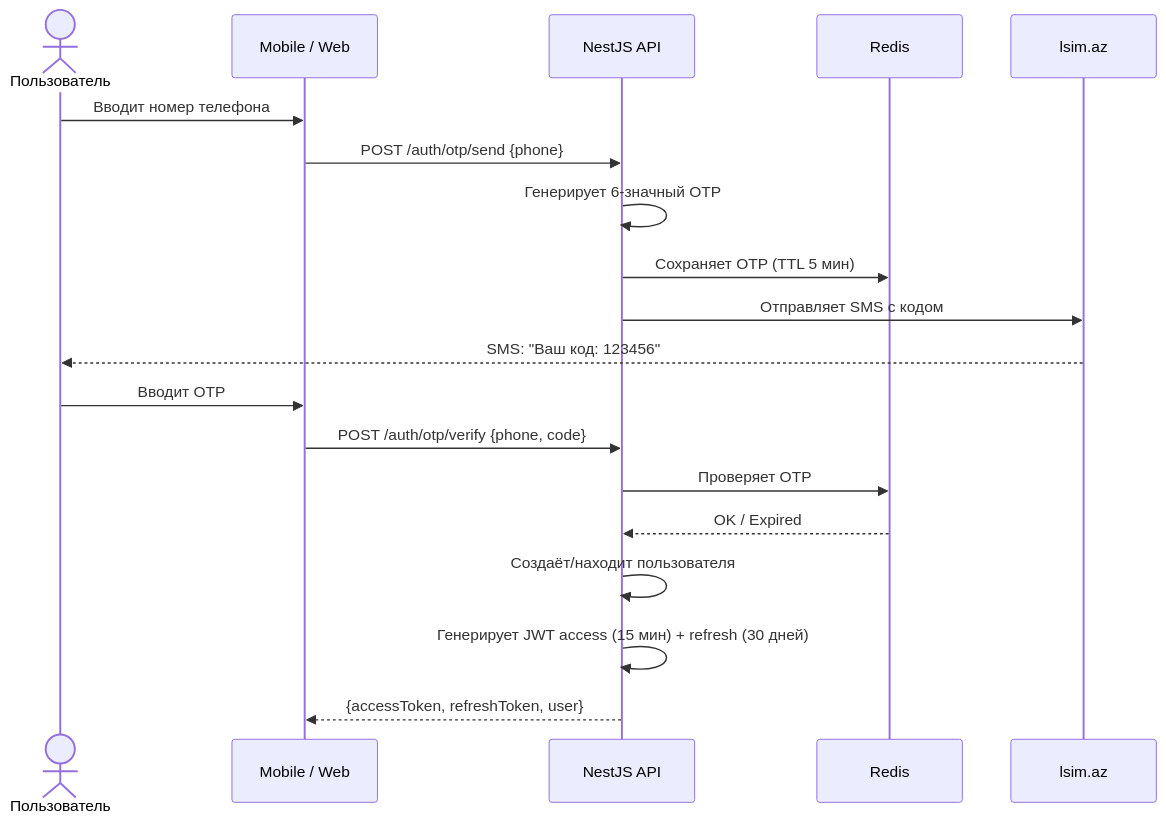
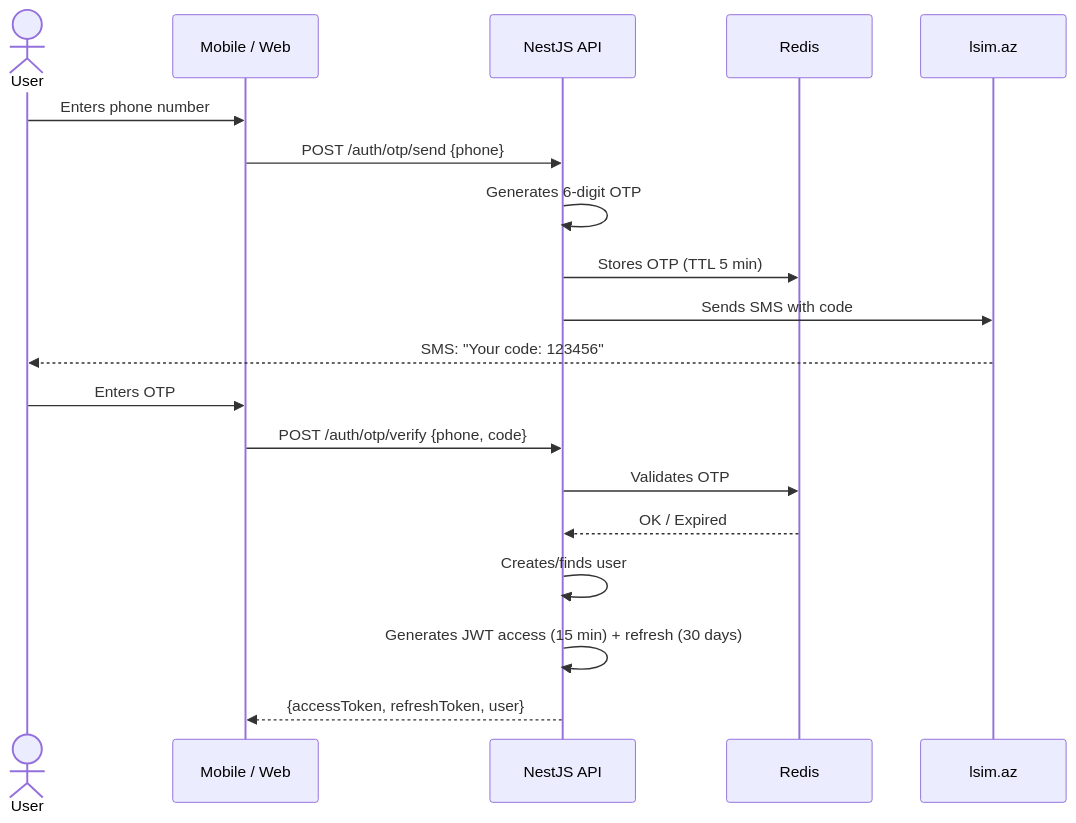
One commit to JosephIsrafilov/yolustu changed the first of 7 diagrams in yolustu_architecture.md. Above: the diagram before and after it, drawn with Mermaid. The commit also changed other lines of this file and 2 other files, not shown here.

````diff
--- a/yolustu_architecture.md
+++ b/yolustu_architecture.md
@@ -34,22 +34,22 @@
 ```mermaid
 sequenceDiagram
-    actor P as Пользователь
+    actor P as User
     participant App as Mobile / Web
     participant API as NestJS API
     participant Redis as Redis
     participant SMS as lsim.az
 
-    P->>App: Вводит номер телефона
+    P->>App: Enters phone number
     App->>API: POST /auth/otp/send {phone}
-    API->>API: Генерирует 6-значный OTP
-    API->>Redis: Сохраняет OTP (TTL 5 мин)
-    API->>SMS: Отправляет SMS с кодом
-    SMS-->>P: SMS: "Ваш код: 123456"
-    P->>App: Вводит OTP
+    API->>API: Generates 6-digit OTP
+    API->>Redis: Stores OTP (TTL 5 min)
+    API->>SMS: Sends SMS with code
+    SMS-->>P: SMS: "Your code: 123456"
+    P->>App: Enters OTP
     App->>API: POST /auth/otp/verify {phone, code}
-    API->>Redis: Проверяет OTP
+    API->>Redis: Validates OTP
     Redis-->>API: OK / Expired
-    API->>API: Создаёт/находит пользователя
-    API->>API: Генерирует JWT access (15 мин) + refresh (30 дней)
+    API->>API: Creates/finds user
+    API->>API: Generates JWT access (15 min) + refresh (30 days)
     API-->>App: {accessToken, refreshToken, user}
 ```
````
